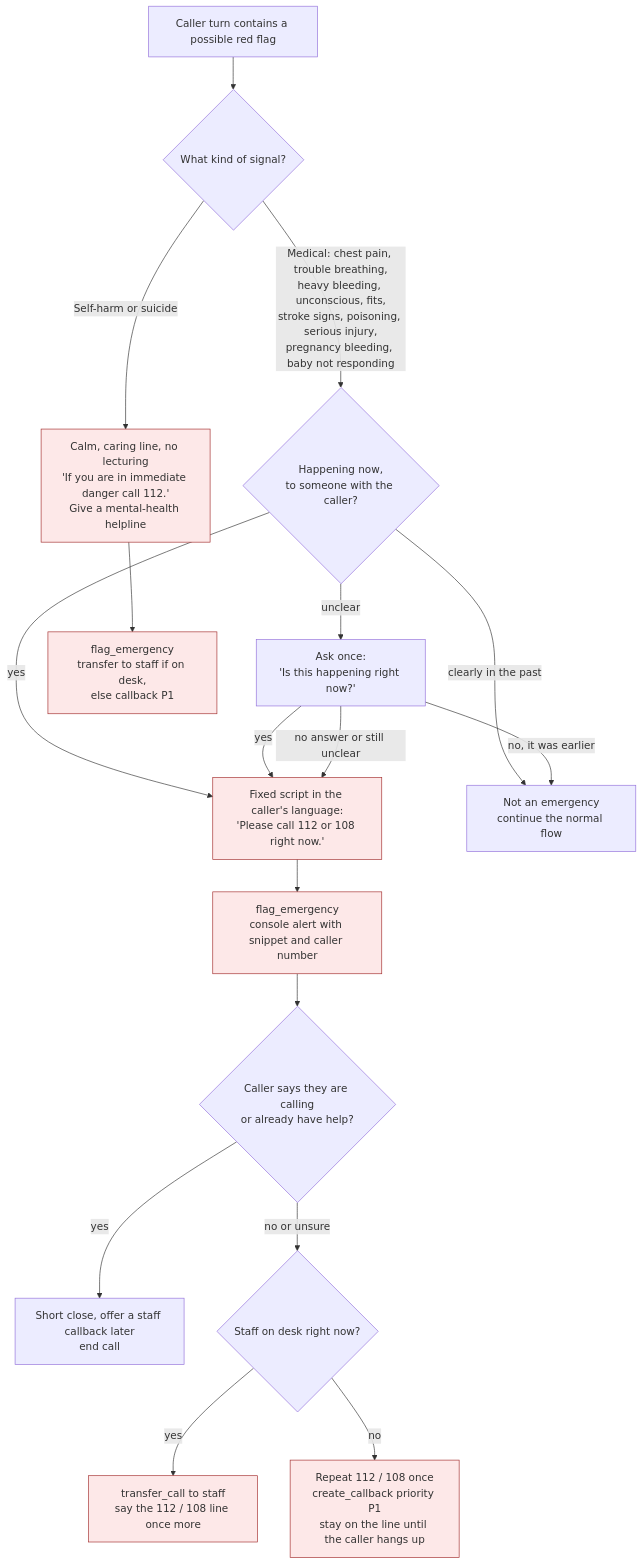
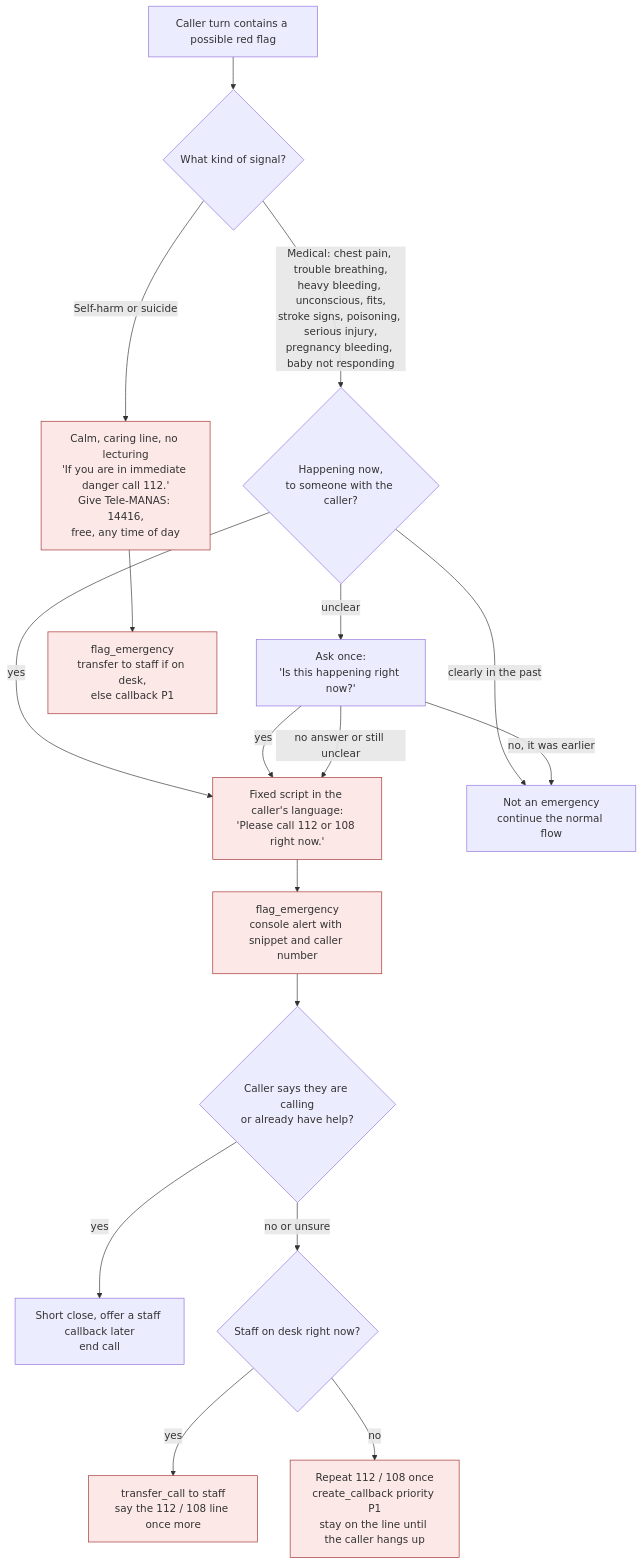
The first of 3 diagrams in docs/flows/01-safety-and-urgency.md (Anupamgt/tts-agent-1), drawn with Mermaid before and after one commit. The commit also changed other lines of this file and 12 other files, not shown here.

````diff
--- a/docs/flows/01-safety-and-urgency.md
+++ b/docs/flows/01-safety-and-urgency.md
@@ -16,28 +16,28 @@
 ```mermaid
 flowchart TD
     A["Caller turn contains a possible red flag"] --> B{"What kind of signal?"}
 
     B -->|"Medical: chest pain, trouble breathing,<br/>heavy bleeding, unconscious, fits,<br/>stroke signs, poisoning, serious injury,<br/>pregnancy bleeding, baby not responding"| C{"Happening now,<br/>to someone with the caller?"}
     B -->|"Self-harm or suicide"| SH
 
     C -->|"yes"| E1
     C -->|"clearly in the past"| P["Not an emergency<br/>continue the normal flow"]
     C -->|"unclear"| C2["Ask once:<br/>'Is this happening right now?'"]
     C2 -->|"yes"| E1
     C2 -->|"no, it was earlier"| P
     C2 -->|"no answer or still unclear"| E1
 
     E1["Fixed script in the caller's language:<br/>'Please call 112 or 108 right now.'"]
     E1 --> E2["flag_emergency<br/>console alert with snippet and caller number"]
     E2 --> E3{"Caller says they are calling<br/>or already have help?"}
     E3 -->|"yes"| E4["Short close, offer a staff callback later<br/>end call"]
     E3 -->|"no or unsure"| E5{"Staff on desk right now?"}
     E5 -->|"yes"| E6["transfer_call to staff<br/>say the 112 / 108 line once more"]
     E5 -->|"no"| E7["Repeat 112 / 108 once<br/>create_callback priority P1<br/>stay on the line until the caller hangs up"]
 
-    SH["Calm, caring line, no lecturing<br/>'If you are in immediate danger call 112.'<br/>Give a mental-health helpline"]
+    SH["Calm, caring line, no lecturing<br/>'If you are in immediate danger call 112.'<br/>Give Tele-MANAS: 14416,<br/>free, any time of day"]
     SH --> SH2["flag_emergency<br/>transfer to staff if on desk,<br/>else callback P1"]
 
     classDef safety fill:#fde8e8,stroke:#a32d2d;
     class E1,E2,E6,E7,SH,SH2 safety;
 ```
````
